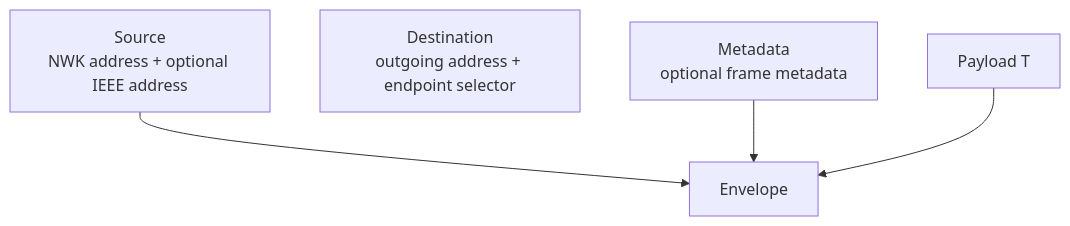
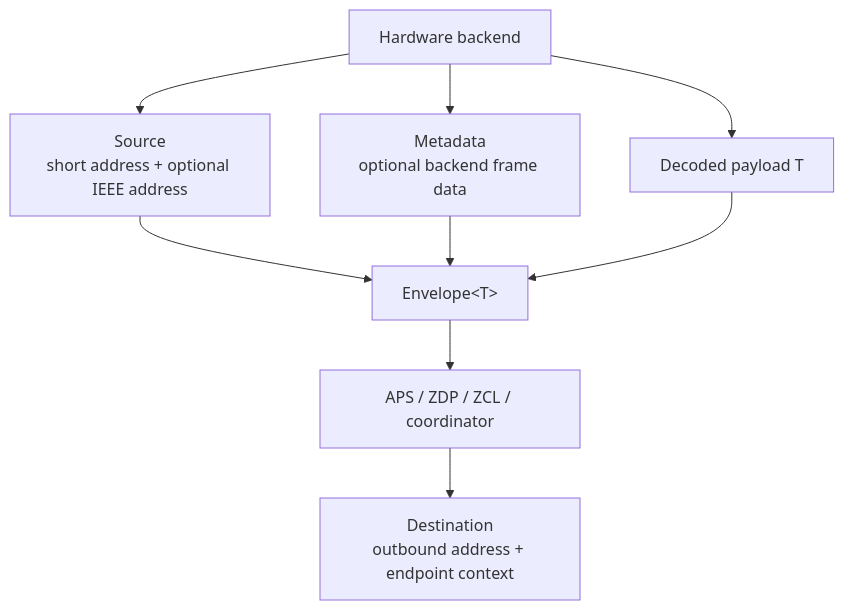
The first of 2 diagrams in apis-saltans-nwk/ARCHITECTURE.md (PaulmannLighting/apis-saltans), drawn with Mermaid before and after one commit. The commit also changed other lines of this file and 3 other files, not shown here.

````diff
--- a/apis-saltans-nwk/ARCHITECTURE.md
+++ b/apis-saltans-nwk/ARCHITECTURE.md
@@ -7,12 +12,19 @@
 ```mermaid
 flowchart TD
-    Source["Source<br/>NWK address + optional IEEE address"]
-    Destination["Destination<br/>outgoing address + endpoint selector"]
-    Metadata["Metadata<br/>optional frame metadata"]
-    Payload["Payload T"]
-    Envelope["Envelope<T>"]
+    Backend["Hardware backend"]
+    Source["Source<br/>short address + optional IEEE address"]
+    Metadata["Metadata<br/>optional backend frame data"]
+    Payload["Decoded payload T"]
+    Envelope["Envelope&lt;T&gt;"]
+    HigherLayer["APS / ZDP / ZCL / coordinator"]
+    Destination["Destination<br/>outbound address + endpoint context"]
 
+    Backend --> Source
+    Backend --> Metadata
+    Backend --> Payload
     Source --> Envelope
     Metadata --> Envelope
     Payload --> Envelope
+    Envelope --> HigherLayer
+    HigherLayer --> Destination
 ```
````
